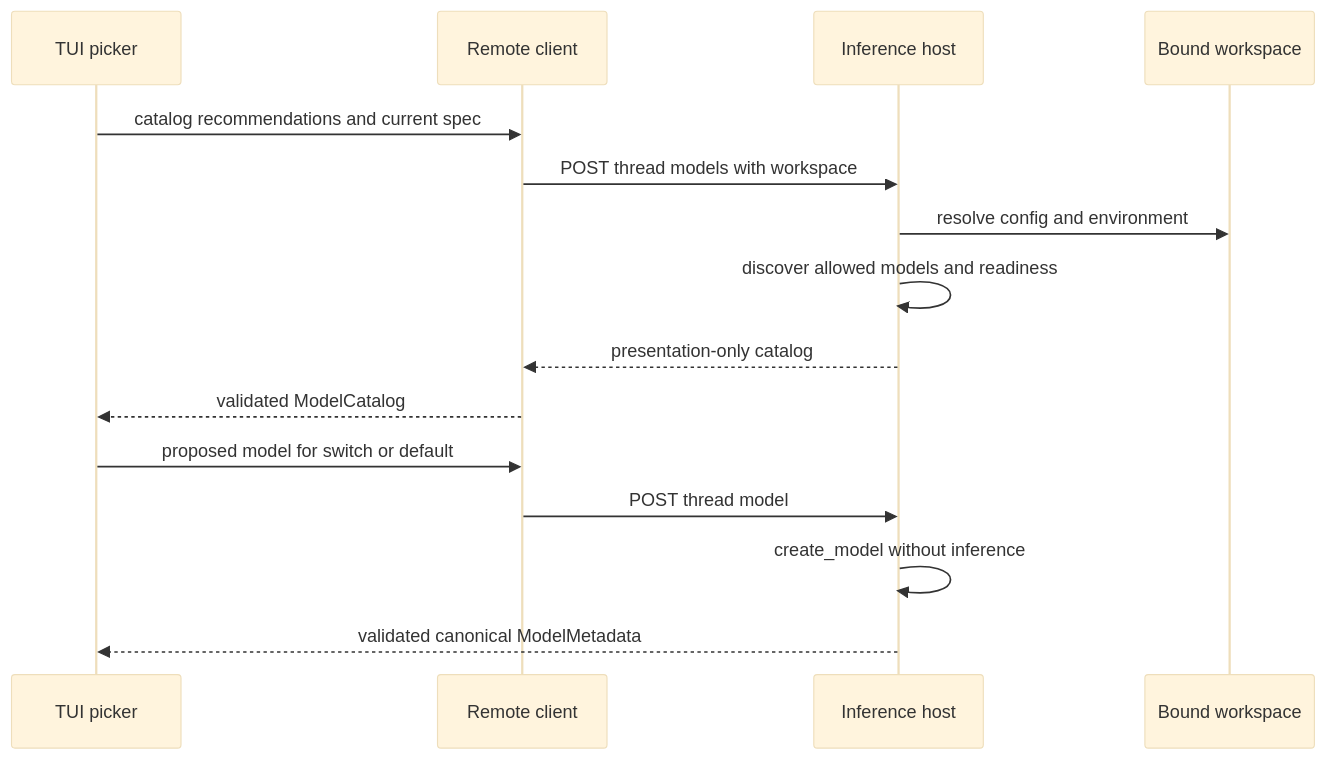
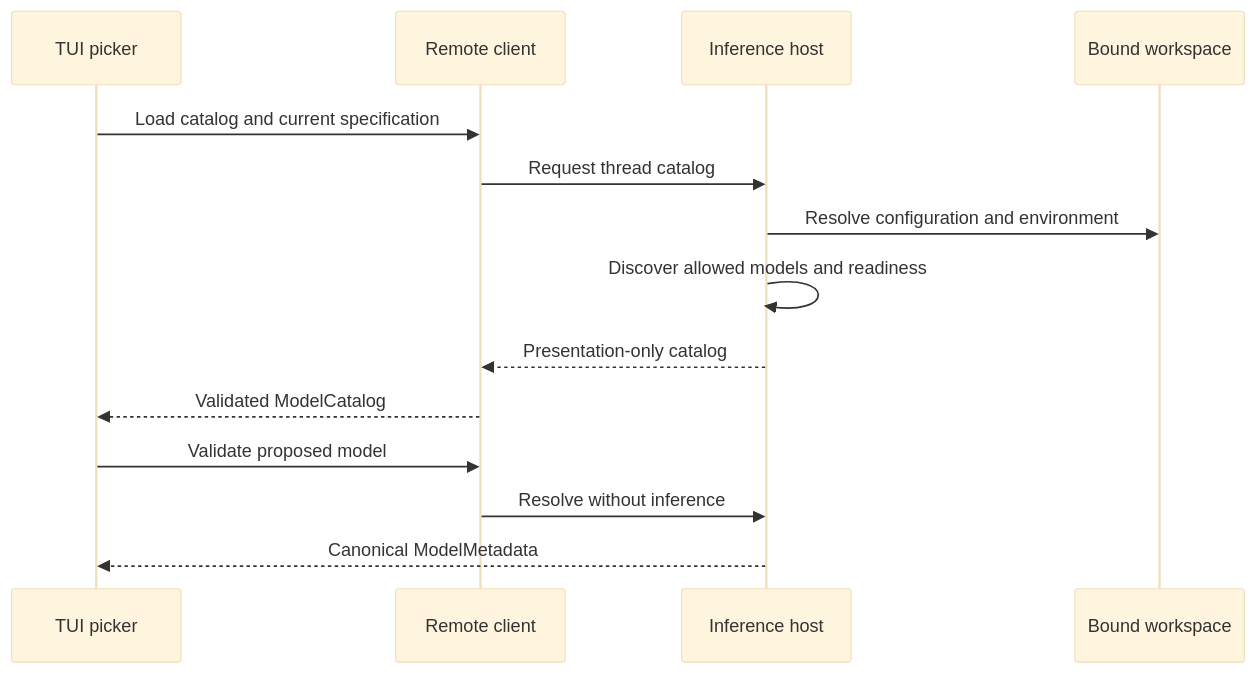
One commit to langchain-ai/deepagents changed the fourth of 4 diagrams in openwiki/concepts/profiles-models.md. Above: the diagram before and after it, drawn with Mermaid (base theme). The commit also changed other lines of this file and 35 other files, not shown here.

````diff
--- a/openwiki/concepts/profiles-models.md
+++ b/openwiki/concepts/profiles-models.md
@@ -151,17 +177,16 @@
 ```mermaid
 sequenceDiagram
     participant Picker as TUI picker
     participant Client as Remote client
     participant Host as Inference host
     participant Workspace as Bound workspace
-    Picker->>Client: catalog recommendations and current spec
-    Client->>Host: POST thread models with workspace
-    Host->>Workspace: resolve config and environment
-    Host->>Host: discover allowed models and readiness
-    Host-->>Client: presentation-only catalog
-    Client-->>Picker: validated ModelCatalog
-    Picker->>Client: proposed model for switch or default
-    Client->>Host: POST thread model
-    Host->>Host: create_model without inference
-    Host-->>Picker: validated canonical ModelMetadata
+    Picker->>Client: Load catalog and current specification
+    Client->>Host: Request thread catalog
+    Host->>Workspace: Resolve configuration and environment
+    Host->>Host: Discover allowed models and readiness
+    Host-->>Client: Presentation-only catalog
+    Client-->>Picker: Validated ModelCatalog
+    Picker->>Client: Validate proposed model
+    Client->>Host: Resolve without inference
+    Host-->>Picker: Canonical ModelMetadata
 ```
````
